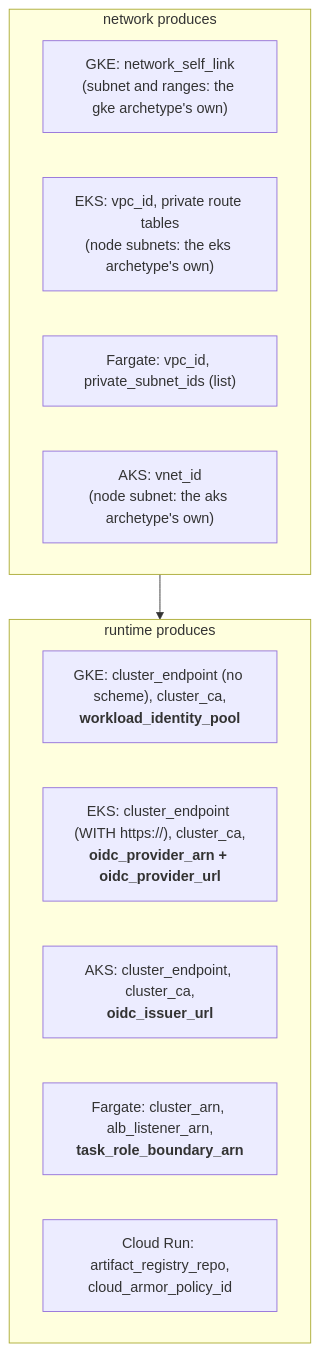
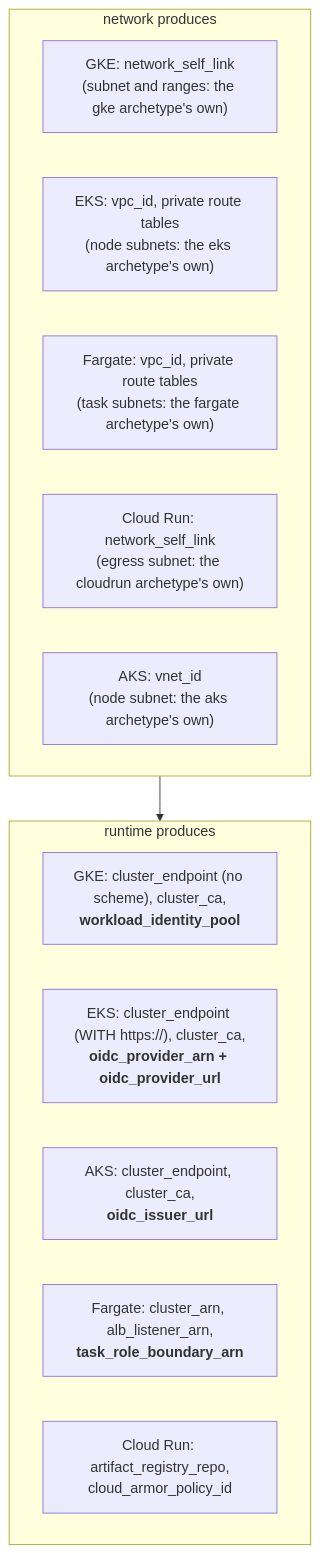
Before and after one commit to aescanero/proposal_documents: the tenth of 19 diagrams in docs/en/platform-overview.md, drawn with Mermaid. The commit also changed 7 other files, not shown here.

First line of the commit message:
Cloud Run and ECS Fargate guides: the runtime creates its own subnets (en and es)

````diff
--- a/docs/en/platform-overview.md
+++ b/docs/en/platform-overview.md
@@ -271,17 +271,18 @@
 ```mermaid
 flowchart TD
     subgraph NET["network produces"]
         G1["GKE: network_self_link<br/>(subnet and ranges: the gke archetype's own)"]
         A1["EKS: vpc_id, private route tables<br/>(node subnets: the eks archetype's own)"]
-        F1["Fargate: vpc_id, private_subnet_ids (list)"]
+        F1["Fargate: vpc_id, private route tables<br/>(task subnets: the fargate archetype's own)"]
+        C1["Cloud Run: network_self_link<br/>(egress subnet: the cloudrun archetype's own)"]
         Z1["AKS: vnet_id<br/>(node subnet: the aks archetype's own)"]
     end
     subgraph CLU["runtime produces"]
         G2["GKE: cluster_endpoint (no scheme), cluster_ca,<br/><b>workload_identity_pool</b>"]
         A2["EKS: cluster_endpoint (WITH https://), cluster_ca,<br/><b>oidc_provider_arn + oidc_provider_url</b>"]
         Z2["AKS: cluster_endpoint, cluster_ca,<br/><b>oidc_issuer_url</b>"]
         F2["Fargate: cluster_arn, alb_listener_arn,<br/><b>task_role_boundary_arn</b>"]
         C2["Cloud Run: artifact_registry_repo,<br/>cloud_armor_policy_id"]
     end
     NET --> CLU
 ```
````
